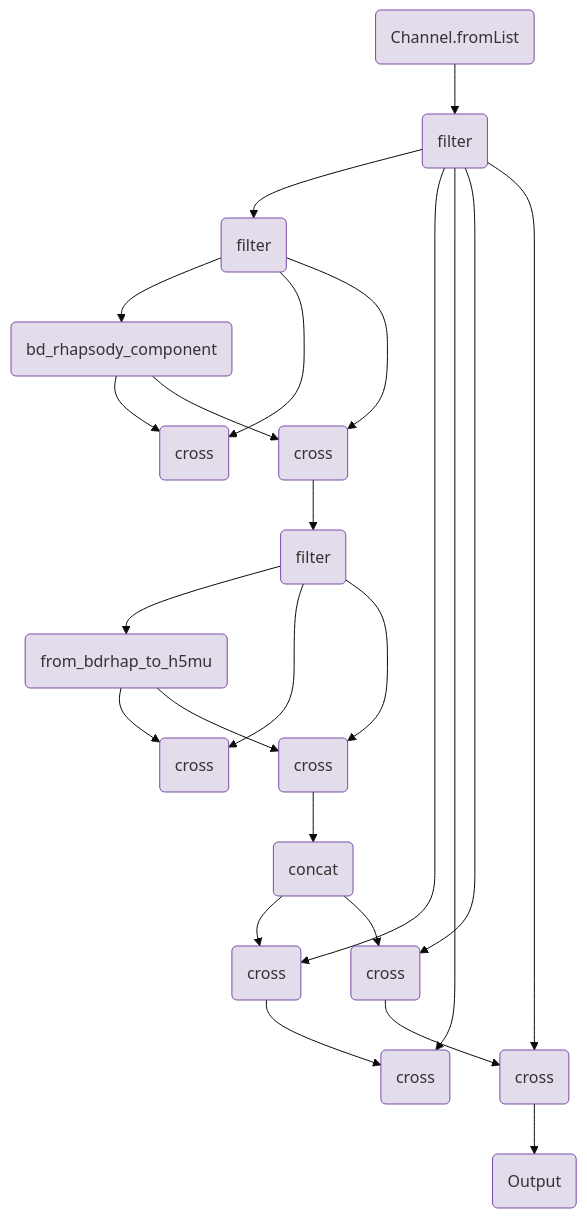
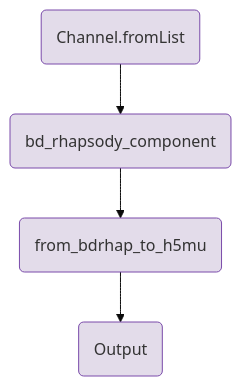
One commit to openpipelines-bio/website changed the diagram in components/workflows/ingestion/bd_rhapsody.qmd. Above: the diagram before and after it, drawn with Mermaid (base theme). The commit also changed other lines of this file and 144 other files, not shown here.

````diff
--- a/components/workflows/ingestion/bd_rhapsody.qmd
+++ b/components/workflows/ingestion/bd_rhapsody.qmd
@@ -264,59 +179,15 @@
 ```{mermaid}
 flowchart TB
     v0(Channel.fromList)
-    v2(filter)
-    v9(filter)
     v17(bd_rhapsody_component)
-    v24(cross)
-    v34(cross)
-    v40(filter)
-    v70(concat)
-    v48(from_bdrhap_to_h5mu)
-    v55(cross)
-    v65(cross)
-    v77(cross)
-    v84(cross)
-    v96(cross)
-    v103(cross)
-    v107(Output)
-    v0-->v2
-    v2-->v9
-    v9-->v17
-    v17-->v24
-    v9-->v24
-    v9-->v34
-    v40-->v48
-    v48-->v55
-    v40-->v55
-    v40-->v65
-    v65-->v70
-    v70-->v77
-    v2-->v77
-    v77-->v84
-    v2-->v84
-    v2-->v96
-    v96-->v103
-    v2-->v103
-    v103-->v107
-    v34-->v40
-    v17-->v34
-    v48-->v65
-    v70-->v96
+    v38(from_bdrhap_to_h5mu)
+    v65(Output)
+    v0-->v17
+    v17-->v38
+    v38-->v65
     style v0 fill:#e3dcea,stroke:#7a4baa;
-    style v2 fill:#e3dcea,stroke:#7a4baa;
-    style v9 fill:#e3dcea,stroke:#7a4baa;
     style v17 fill:#e3dcea,stroke:#7a4baa;
-    style v24 fill:#e3dcea,stroke:#7a4baa;
-    style v34 fill:#e3dcea,stroke:#7a4baa;
-    style v40 fill:#e3dcea,stroke:#7a4baa;
-    style v70 fill:#e3dcea,stroke:#7a4baa;
-    style v48 fill:#e3dcea,stroke:#7a4baa;
-    style v55 fill:#e3dcea,stroke:#7a4baa;
+    style v38 fill:#e3dcea,stroke:#7a4baa;
     style v65 fill:#e3dcea,stroke:#7a4baa;
-    style v77 fill:#e3dcea,stroke:#7a4baa;
-    style v84 fill:#e3dcea,stroke:#7a4baa;
-    style v96 fill:#e3dcea,stroke:#7a4baa;
-    style v103 fill:#e3dcea,stroke:#7a4baa;
-    style v107 fill:#e3dcea,stroke:#7a4baa;
 
 ```
````
